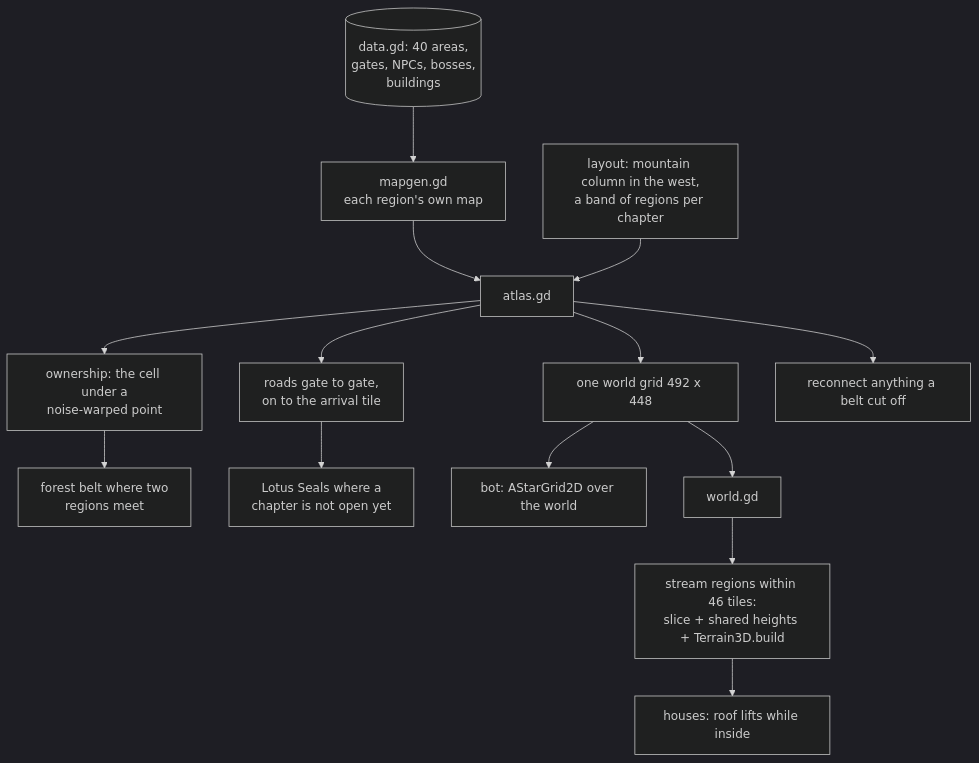
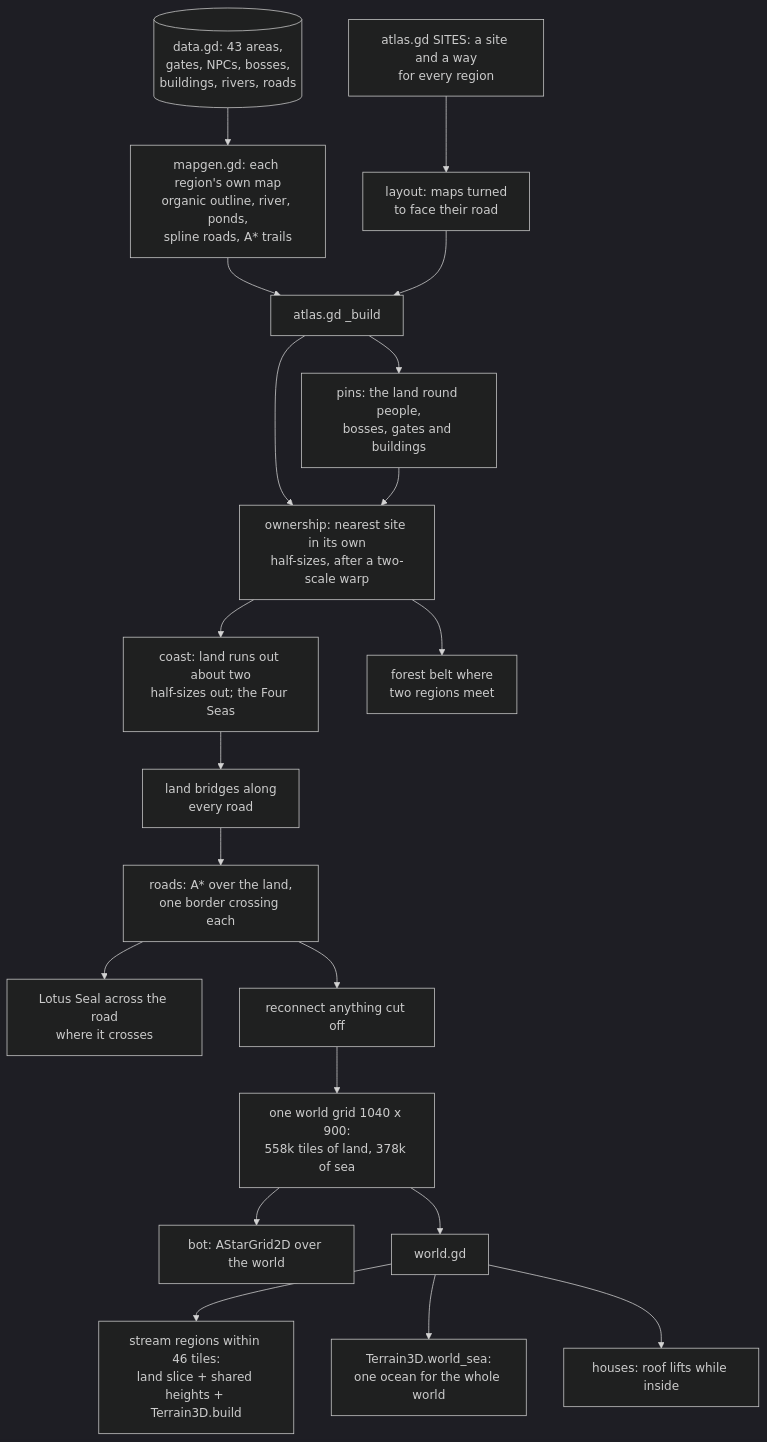
The tenth of 17 diagrams in README.md (jgyy/timegox), drawn with Mermaid (dark theme) before and after one commit. The commit also changed other lines of this file and 98 other files, not shown here.

Commit message:
Organic continent instead of a grid, four new towns and the Annals, Part X (+1h10m), bug fixes (#10)

````diff
--- a/README.md
+++ b/README.md
@@ -466,16 +531,22 @@
 ```mermaid
 flowchart TD
-    D[(data.gd: 40 areas,<br/>gates, NPCs, bosses,<br/>buildings)] --> MG[mapgen.gd<br/>each region's own map]
-    MG --> AT[atlas.gd]
-    L[layout: mountain column in the west,<br/>a band of regions per chapter] --> AT
-    AT --> G[one world grid 492 x 448]
-    AT --> OW[ownership: the cell under a<br/>noise-warped point]
-    OW --> BE[forest belt where two<br/>regions meet]
-    AT --> RO[roads gate to gate,<br/>on to the arrival tile]
-    RO --> SE[Lotus Seals where a<br/>chapter is not open yet]
-    AT --> CO[reconnect anything a belt cut off]
+    D[(data.gd: 43 areas,<br/>gates, NPCs, bosses,<br/>buildings, rivers, roads)] --> MG[mapgen.gd: each region's own map<br/>organic outline, river, ponds,<br/>spline roads, A* trails]
+    S[atlas.gd SITES: a site and a way<br/>for every region] --> L[layout: maps turned<br/>to face their road]
+    MG --> AT[atlas.gd _build]
+    L --> AT
+    AT --> PIN[pins: the land round people,<br/>bosses, gates and buildings]
+    AT --> OW[ownership: nearest site in its own<br/>half-sizes, after a two-scale warp]
+    PIN --> OW
+    OW --> SEA[coast: land runs out about two<br/>half-sizes out; the Four Seas]
+    OW --> BE[forest belt where<br/>two regions meet]
+    SEA --> IS[land bridges along<br/>every road]
+    IS --> RO[roads: A* over the land,<br/>one border crossing each]
+    RO --> SE[Lotus Seal across the road<br/>where it crosses]
+    RO --> CO[reconnect anything cut off]
+    CO --> G[one world grid 1040 x 900:<br/>558k tiles of land, 378k of sea]
     G --> BOT[bot: AStarGrid2D over the world]
     G --> W[world.gd]
-    W --> STR[stream regions within 46 tiles:<br/>slice + shared heights + Terrain3D.build]
-    STR --> IN[houses: roof lifts while inside]
+    W --> STR[stream regions within 46 tiles:<br/>land slice + shared heights + Terrain3D.build]
+    W --> SEAR[Terrain3D.world_sea:<br/>one ocean for the whole world]
+    W --> IN[houses: roof lifts while inside]
 ```
````
